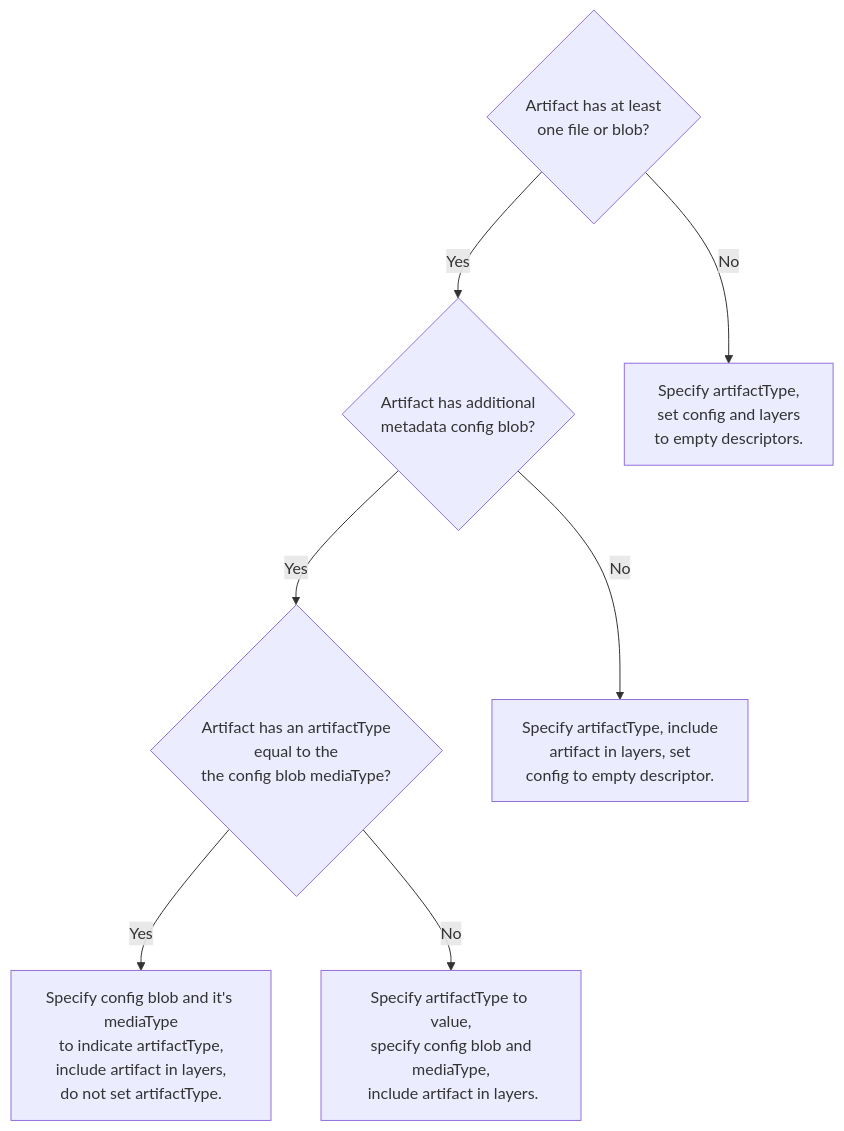
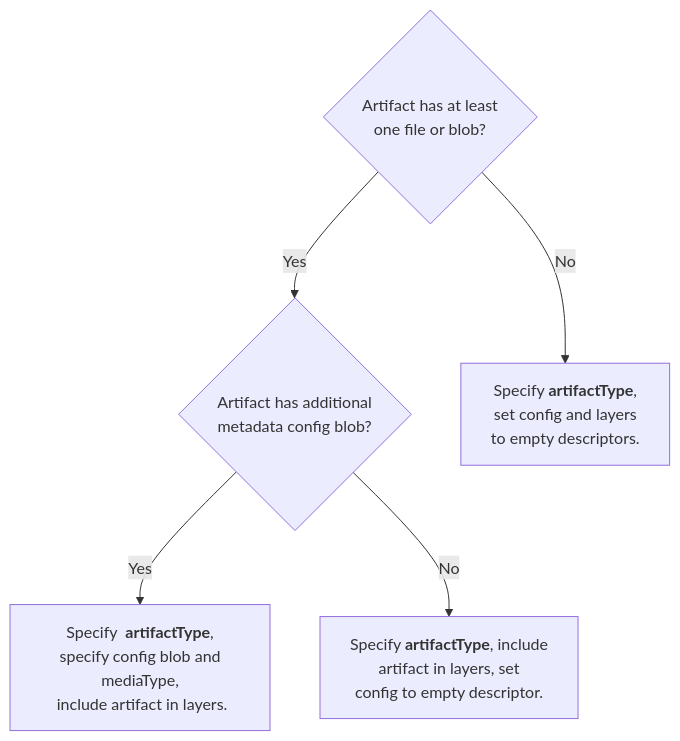
One commit to oras-project/oras-www changed the second of 2 diagrams in docs/concepts/artifact.mdx. Above: the diagram before and after it, drawn with Mermaid. The commit also changed other lines of this file, not shown here.

````diff
--- a/docs/concepts/artifact.mdx
+++ b/docs/concepts/artifact.mdx
@@ -173,18 +199,14 @@
 ```mermaid
 graph TD
     HasBlob{Artifact has at least<br>one file or blob?}
     HasConfigData{Artifact has additional<br> metadata config blob?}
-    HasConfigEqArtifactType{Artifact has an artifactType<br>equal to the <br>the config blob mediaType?}
     
-    Artifact_NoBlobs[Specify artifactType,<br>set config and layers<br>to empty descriptors.]
-    Artifact_NoConfig[Specify artifactType, include<br>artifact in layers, set<br>config to empty descriptor.]
-    Artifact_WithConfigBlob[Specify artifactType to value,<br> specify config blob and mediaType,<br> include artifact in layers.]
-    Artifact_NoArtifactType[Specify config blob and it's mediaType<br>to indicate artifactType,<br>include artifact in layers,<br>do not set artifactType.]
+    Artifact_NoBlobs[Specify <b>artifactType</b>,<br>set config and layers<br>to empty descriptors.]
+    Artifact_NoConfig[Specify  <b>artifactType</b>, include<br>artifact in layers, set<br>config to empty descriptor.]
+    Artifact_WithConfig[Specify  <b>artifactType</b>,<br> specify config blob and mediaType,<br> include artifact in layers.]
 
     HasBlob -- No --> Artifact_NoBlobs
     HasBlob -- Yes --> HasConfigData
+    HasConfigData -- Yes --> Artifact_WithConfig
     HasConfigData -- No --> Artifact_NoConfig
-    HasConfigData -- Yes --> HasConfigEqArtifactType
-    HasConfigEqArtifactType -- Yes --> Artifact_NoArtifactType
-    HasConfigEqArtifactType -- No --> Artifact_WithConfigBlob
 ```
````
